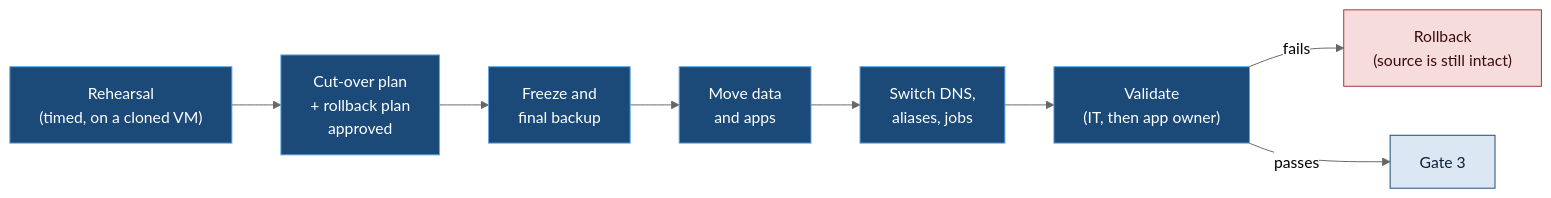
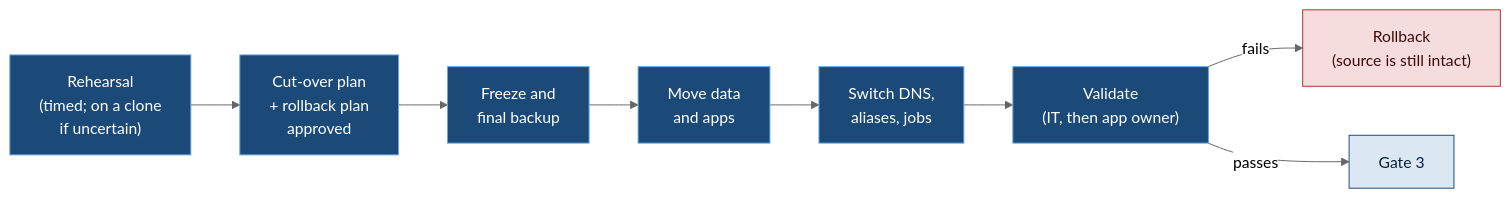
One commit to theoneakta/ansible changed the tenth of 12 diagrams in migration-governance/README.md. Above: the diagram before and after it, drawn with Mermaid (neutral theme). The commit also changed other lines of this file and 4 other files, not shown here.

Commit message:
Migration governance: sysadmin owns the OS in-place upgrade, DBA owns everything after the OS hand-off; clone only uncertain paths

````diff
--- a/migration-governance/README.md
+++ b/migration-governance/README.md
@@ -947,13 +988,13 @@
 ```mermaid
 flowchart LR
-    A["Rehearsal<br/>(timed, on a cloned VM)"] --> B["Cut-over plan<br/>+ rollback plan<br/>approved"] --> C["Freeze and<br/>final backup"] --> D["Move data<br/>and apps"] --> E["Switch DNS,<br/>aliases, jobs"] --> F["Validate<br/>(IT, then app owner)"]
+    A["Rehearsal<br/>(timed; on a clone<br/>if uncertain)"] --> B["Cut-over plan<br/>+ rollback plan<br/>approved"] --> C["Freeze and<br/>final backup"] --> D["Move data<br/>and apps"] --> E["Switch DNS,<br/>aliases, jobs"] --> F["Validate<br/>(IT, then app owner)"]
     F -- "fails" --> R["Rollback<br/>(source is still intact)"]
     F -- "passes" --> G["Gate 3"]
 
     classDef step fill:#1b4a78,stroke:#5fa8e8,color:#ffffff
     classDef bad fill:#f6dcdc,stroke:#a33,color:#3a0d0d
     classDef good fill:#dbe8f4,stroke:#1b4a78,color:#0b1f36
     class A,B,C,D,E,F step
     class R bad
     class G good
 ```
````
